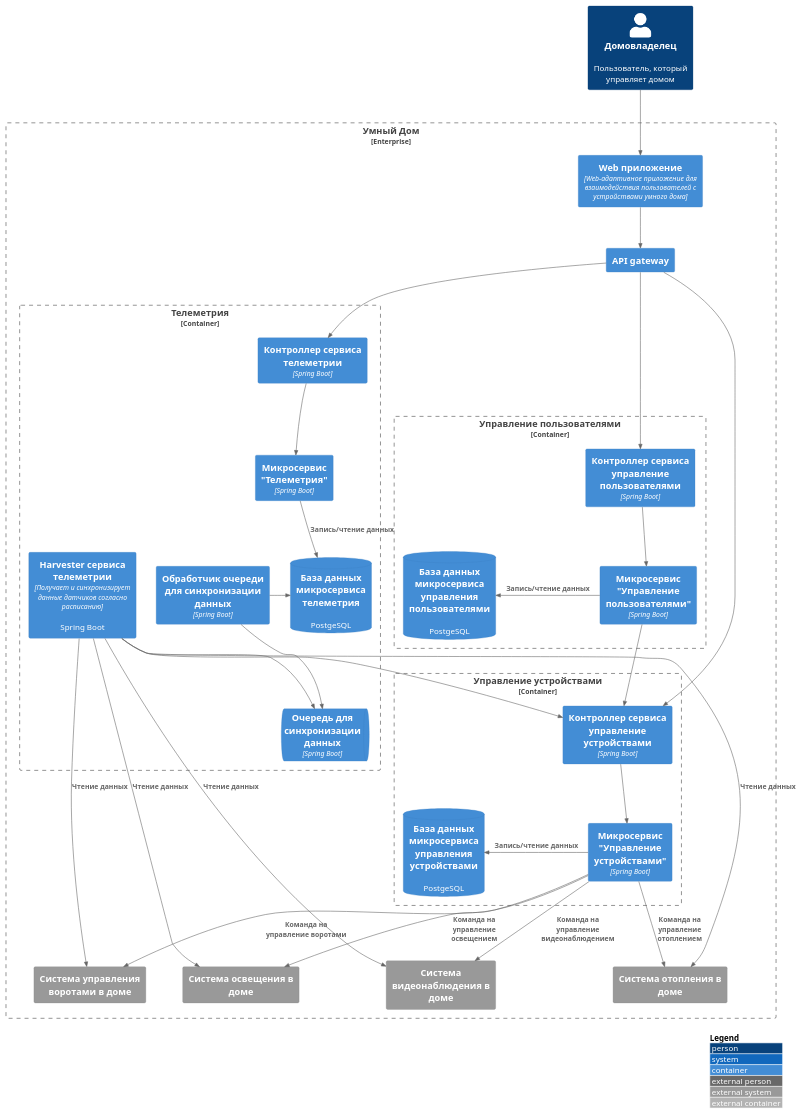
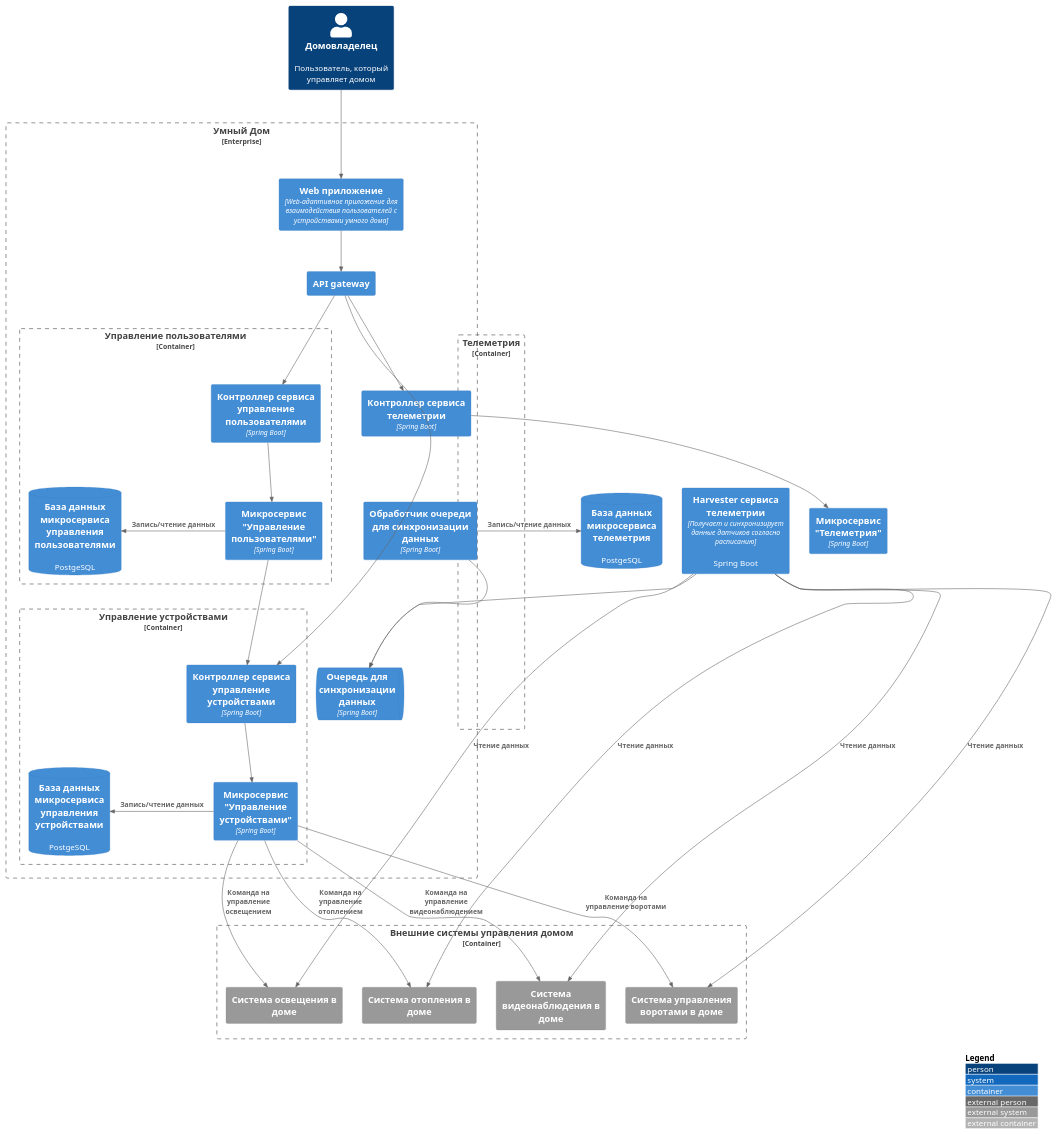
The diagram in diagrams/С4_Component_microservice-arch.plantuml (tkabdullin/arch-sprint-3), drawn with PlantUML before and after one commit. The commit also changed 11 other files, not shown here.

Commit message:
Исправлены диаграммы для заданий из 1 пула по комментариям на 2-й итерации ревью, а также добавлена реализация и запуск микросервисов для начала задания пула 2. Дополнительно прошу подсветить, чего не хватает для прохождения данного задания в пуле задач №2

```diff
--- a/diagrams/С4_Component_microservice-arch.plantuml
+++ b/diagrams/С4_Component_microservice-arch.plantuml
@@ -1,64 +1,73 @@
 @startuml
 !include ./C4_Container.puml
 
 LAYOUT_WITH_LEGEND()
 
 Person(user, "Домовладелец", "Пользователь, который управляет домом")
 Enterprise_Boundary(homesystem, "Умный Дом"){
     Container(web_app, "Web приложение", "Web-адаптивное приложение для взаимодействия пользователей с устройствами умного дома")
     Container(api_gw, "API gateway")
     Container_Boundary(user_mgmt, "Управление пользователями") {
         Container(user_cntrl, "Контроллер сервиса управление пользователями", "Spring Boot")
         Container(user_mcs, Микросервис "Управление пользователями", "Spring Boot")
         ContainerDb(user_mcs_db, "База данных микросервиса управления пользователями", "", "PostgeSQL")
         
         Rel_D(user_cntrl, user_mcs, "")
         Rel_L(user_mcs, user_mcs_db, "Запись/чтение данных")
     }
     Container_Boundary(device_mgmt, "Управление устройствами") {
         Container(device_cntrl, "Контроллер сервиса управление устройствами", "Spring Boot")
         Container(device_mcs, Микросервис "Управление устройствами", "Spring Boot")
         ContainerDb(device_mcs_db, "База данных микросервиса управления устройствами", "", "PostgeSQL")
         
         Rel_D(device_cntrl, device_mcs, "")
         Rel_L(device_mcs, device_mcs_db, "Запись/чтение данных")
     }
     Container_Boundary(telemetry_mgmt, "Телеметрия") {
         Container(telemetry_cntrl, "Контроллер сервиса телеметрии", "Spring Boot")
         Container(telemetry_mcs, Микросервис "Телеметрия", "Spring Boot")
         ContainerDb(telemetry_db, "База данных микросервиса телеметрия", "", "PostgeSQL")
         Container(telemetry_hrvstr_mcs, "Harvester сервиса телеметрии", "Получает и синхронизирует данные датчиков согласно расписанию", "Spring Boot")
         ContainerQueue(telemetry_queue, "Очередь для синхронизации данных", "Spring Boot")
         Container(telemetry_queue_prc, "Обработчик очереди для синхронизации данных", "Spring Boot")
         
         Rel_D(telemetry_cntrl, telemetry_mcs, "")
-        Rel_R(telemetry_queue_prc, telemetry_db, "")
+        Rel_R(telemetry_queue_prc, telemetry_db, "Запись/чтение данных")
         Rel_D(telemetry_queue_prc, telemetry_queue, "")
         Rel_D(telemetry_hrvstr_mcs, telemetry_queue, "")
-        Rel_D(telemetry_mcs, telemetry_db, "Запись/чтение данных")
+        Rel_L(telemetry_mcs, telemetry_db, "Запись/чтение данных")
     }
-
-    System_Ext(heating_system_ext, "Система отопления в доме", "")
-    System_Ext(light_system_ext, "Система освещения в доме", "")
-    System_Ext(gate_system_ext, "Система управления воротами в доме", "")
-    System_Ext(video_system_ext, "Система видеонаблюдения в доме", "")
-
-    Rel(device_mcs, heating_system_ext, "Команда на управление отоплением")
-    Rel(telemetry_hrvstr_mcs, heating_system_ext, "Чтение данных")
-    Rel(device_mcs, light_system_ext, "Команда на управление освещением")
-    Rel(telemetry_hrvstr_mcs, light_system_ext, "Чтение данных")
-    Rel(device_mcs, gate_system_ext, "Команда на управление воротами")
-    Rel(telemetry_hrvstr_mcs, gate_system_ext, "Чтение данных")
-    Rel(device_mcs, video_system_ext, "Команда на управление видеонаблюдением")
-    Rel(telemetry_hrvstr_mcs, video_system_ext, "Чтение данных")
-
 
     Rel_D(user, web_app, "")
     Rel_D(web_app, api_gw, "")
     Rel_D(api_gw, user_cntrl, "")
     Rel_D(api_gw, device_cntrl, "")
     Rel(api_gw, telemetry_cntrl, "")
-    Rel(telemetry_hrvstr_mcs, device_cntrl, "")
+    ' Rel(telemetry_hrvstr_mcs, device_cntrl, "")
     Rel(user_mcs, device_cntrl, "")
 
+}
+
+Container_Boundary(external_systems, "Внешние системы управления домом") {
+    System_Ext(heating_system_ext, "Система отопления в доме", "")
+    System_Ext(light_system_ext, "Система освещения в доме", "")
+    System_Ext(gate_system_ext, "Система управления воротами в доме", "")
+    System_Ext(video_system_ext, "Система видеонаблюдения в доме", "")
+}
+
+' System_Ext(heating_system_ext, "Система отопления в доме", "")
+' System_Ext(light_system_ext, "Система освещения в доме", "")
+' System_Ext(gate_system_ext, "Система управления воротами в доме", "")
+' System_Ext(video_system_ext, "Система видеонаблюдения в доме", "")
+' lines(heating_system_ext, light_system_ext)
+
+Rel_D(device_mcs, heating_system_ext, "Команда на управление отоплением")
+Rel(telemetry_hrvstr_mcs, heating_system_ext, "Чтение данных")
+Rel_D(device_mcs, light_system_ext, "Команда на управление освещением")
+Rel(telemetry_hrvstr_mcs, light_system_ext, "Чтение данных")
+Rel_D(device_mcs, gate_system_ext, "Команда на управление воротами")
+Rel(telemetry_hrvstr_mcs, gate_system_ext, "Чтение данных")
+Rel_D(device_mcs, video_system_ext, "Команда на управление видеонаблюдением")
+Rel(telemetry_hrvstr_mcs, video_system_ext, "Чтение данных")
+
 @enduml
```
